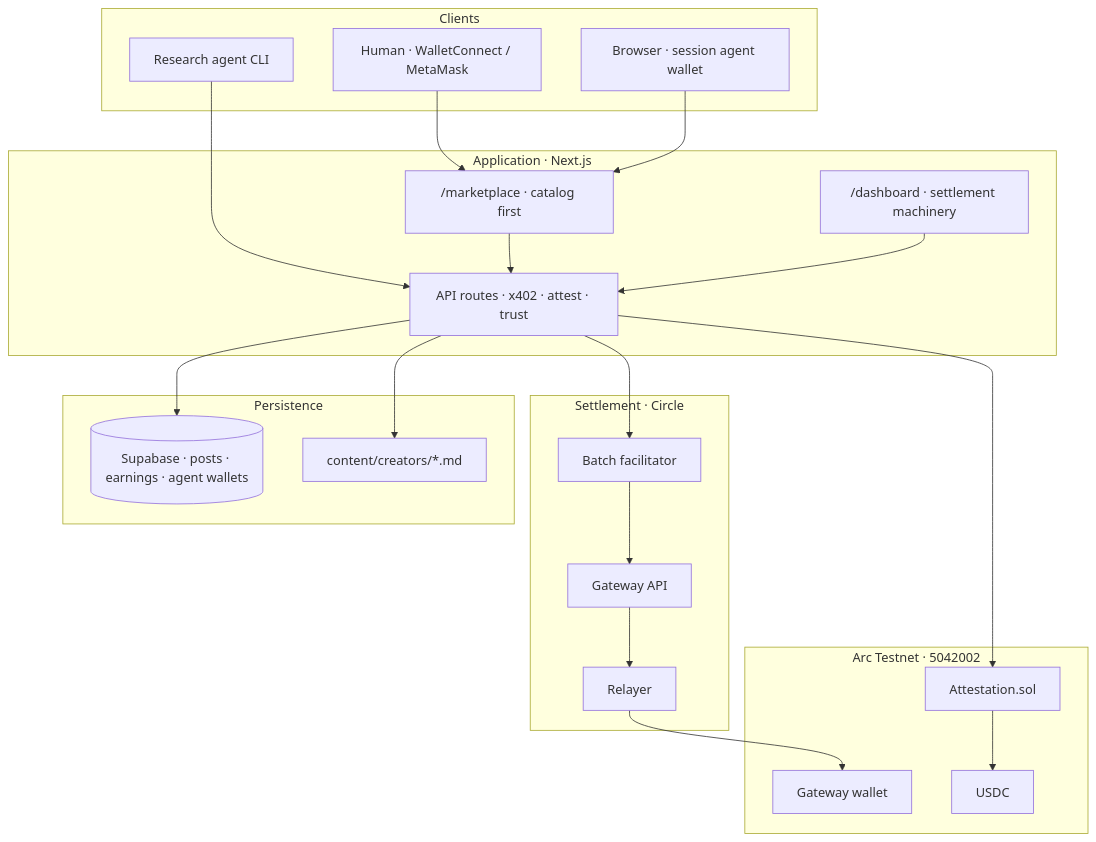
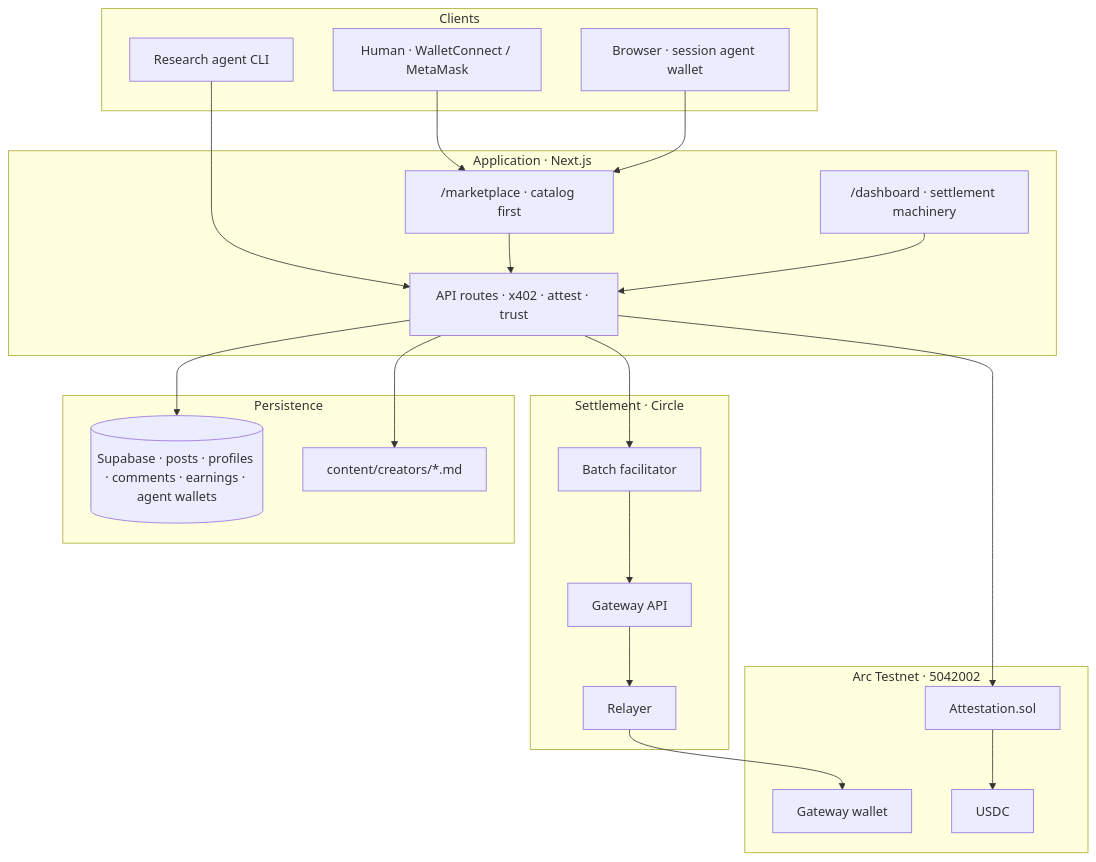
The first of 6 diagrams in README.md (rudazy/citation-agent), drawn with Mermaid before and after one commit. The commit also changed other lines of this file and 33 other files, not shown here.

````diff
--- a/README.md
+++ b/README.md
@@ -35,43 +37,43 @@
 ```mermaid
 flowchart TB
   subgraph Clients["Clients"]
     Human["Human · WalletConnect / MetaMask"]
     Agent["Research agent CLI"]
     BrowserAgent["Browser · session agent wallet"]
   end
 
   subgraph Application["Application · Next.js"]
     Marketplace["/marketplace · catalog first"]
     Dashboard["/dashboard · settlement machinery"]
     APIs["API routes · x402 · attest · trust"]
   end
 
   subgraph Settlement["Settlement · Circle"]
     Facilitator["Batch facilitator"]
     GatewayAPI["Gateway API"]
     Relayer["Relayer"]
   end
 
   subgraph Chain["Arc Testnet · 5042002"]
     GatewayWallet["Gateway wallet"]
     USDC["USDC"]
     Attestation["Attestation.sol"]
   end
 
   subgraph Persistence["Persistence"]
-    Supabase[("Supabase · posts · earnings · agent wallets")]
+    Supabase[("Supabase · posts · profiles · comments · earnings · agent wallets")]
     Seeds["content/creators/*.md"]
   end
 
   Human --> Marketplace
   BrowserAgent --> Marketplace
   Agent --> APIs
   Marketplace --> APIs
   Dashboard --> APIs
   APIs --> Facilitator
   Facilitator --> GatewayAPI --> Relayer --> GatewayWallet
   APIs --> Attestation
   Attestation --> USDC
   APIs --> Seeds
   APIs --> Supabase
 ```
````
